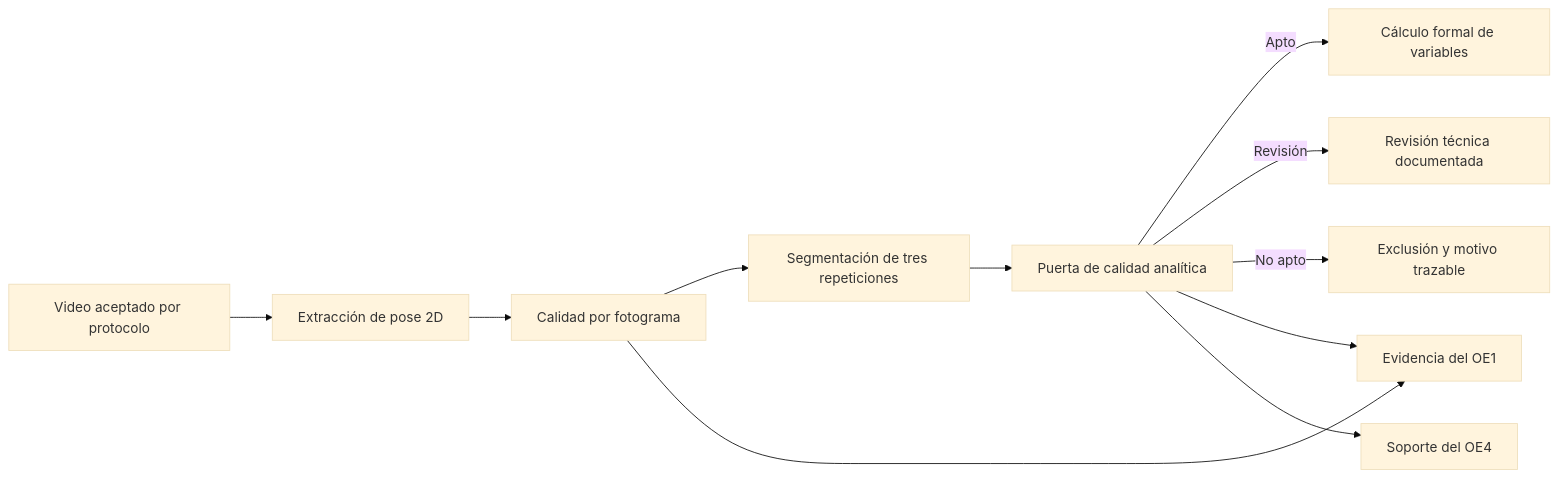
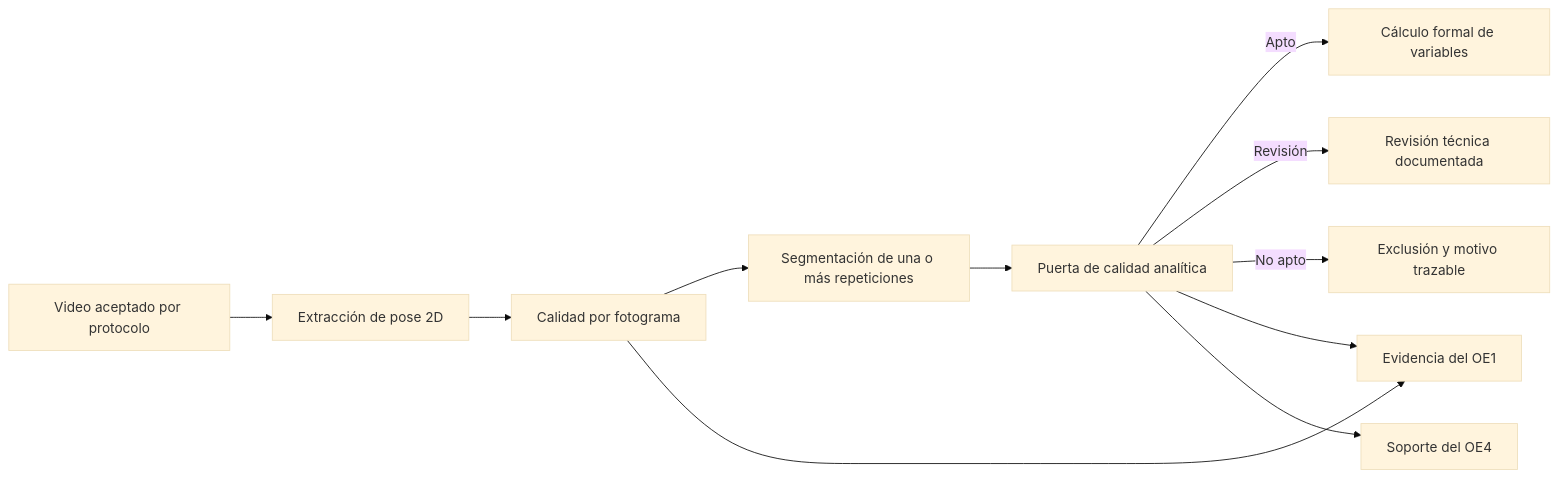
One commit to chap0308/sistema-biomecanico changed the diagram in docs/evidencia_control_calidad_analitica.md. Above: the diagram before and after it, drawn with Mermaid (base theme). The commit also changed other lines of this file and 44 other files, not shown here.

````diff
--- a/docs/evidencia_control_calidad_analitica.md
+++ b/docs/evidencia_control_calidad_analitica.md
@@ -21,13 +21,13 @@
 ```mermaid
 flowchart LR
     A["Video aceptado por protocolo"] --> B["Extracción de pose 2D"]
     B --> C["Calidad por fotograma"]
-    C --> D["Segmentación de tres repeticiones"]
+    C --> D["Segmentación de una o más repeticiones"]
     D --> E["Puerta de calidad analítica"]
     E -->|Apto| F["Cálculo formal de variables"]
     E -->|Revisión| G["Revisión técnica documentada"]
     E -->|No apto| H["Exclusión y motivo trazable"]
     C --> I["Evidencia del OE1"]
     E --> I
     E --> J["Soporte del OE4"]
 ```
````
